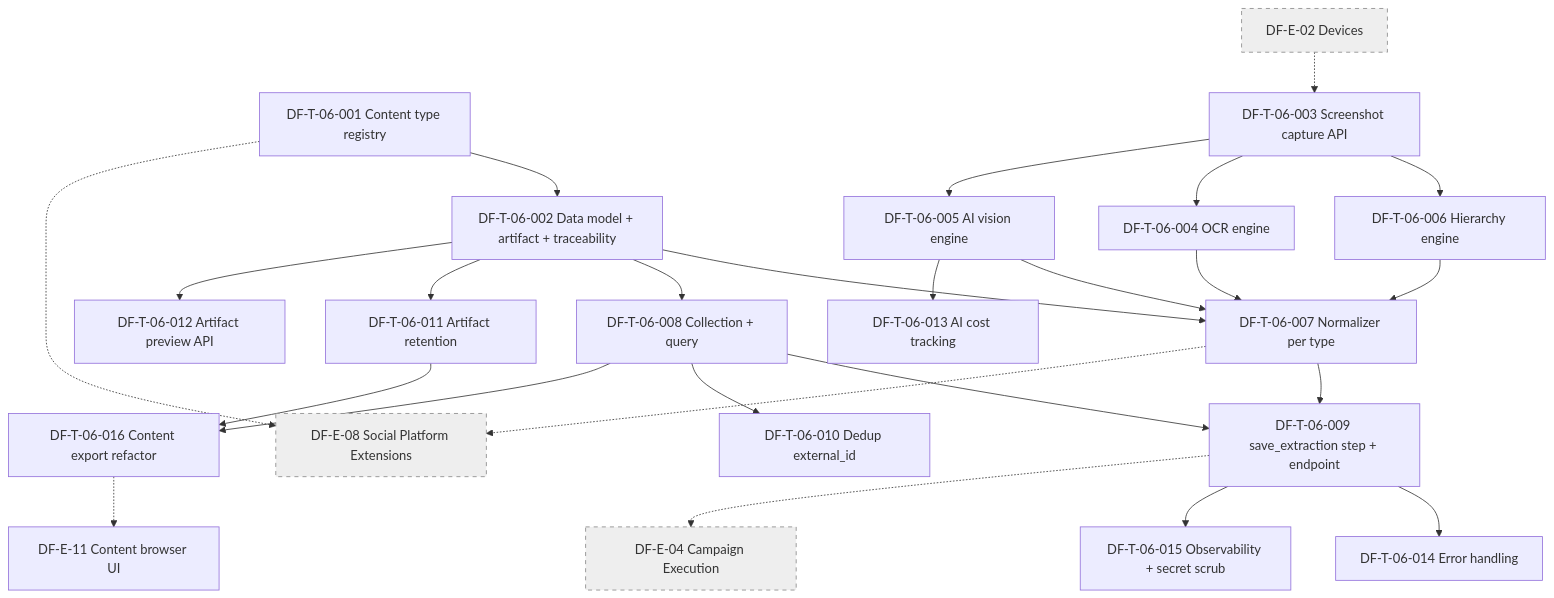
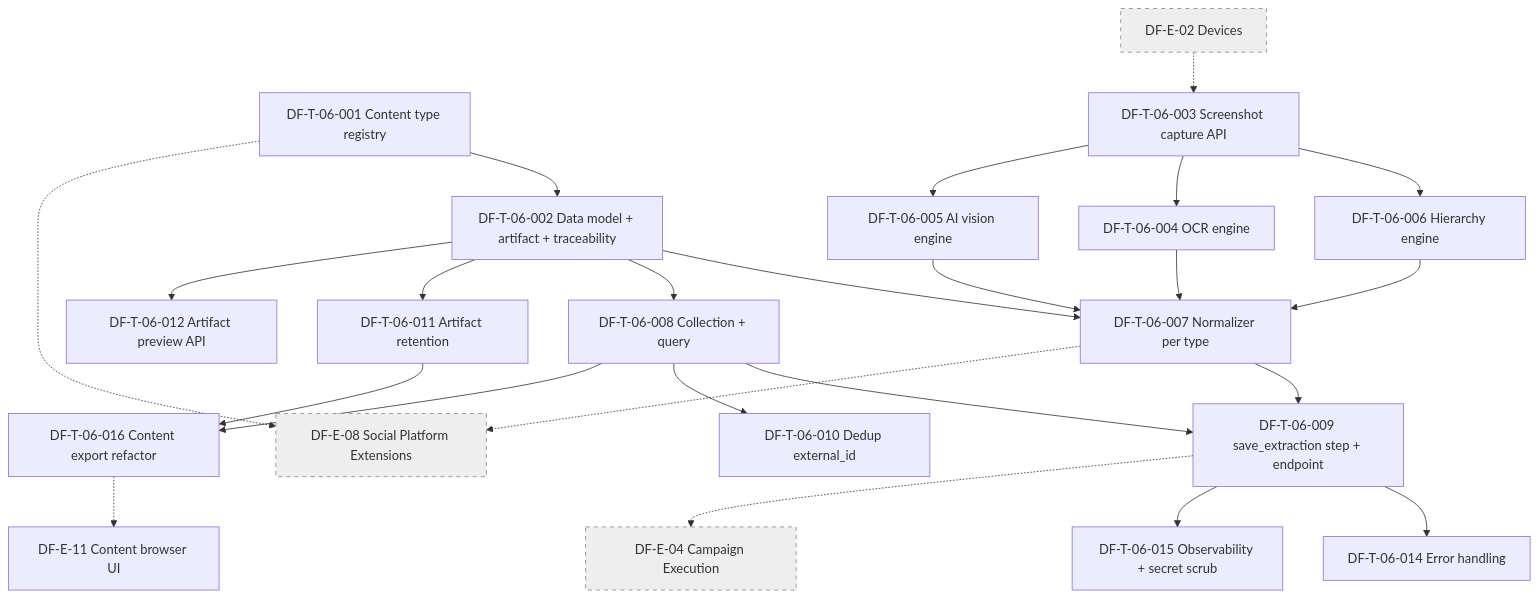
The diagram in docs/official_backlog/epic-06/EPIC.md (HoangLeK2/TestSwarm), drawn with Mermaid before and after one commit. The commit also changed other lines of this file and 587 other files, not shown here.

````diff
--- a/docs/official_backlog/epic-06/EPIC.md
+++ b/docs/official_backlog/epic-06/EPIC.md
@@ -77,59 +78,57 @@
 ```mermaid
 flowchart TB
     %% Foundation
     T001[DF-T-06-001 Content type registry]
     T002[DF-T-06-002 Data model + artifact + traceability]
     T003[DF-T-06-003 Screenshot capture API]
 
     %% Engines
     T006[DF-T-06-006 Hierarchy engine]
     T004[DF-T-06-004 OCR engine]
     T005[DF-T-06-005 AI vision engine]
 
     %% Cross-cutting
     T007[DF-T-06-007 Normalizer per type]
     T008[DF-T-06-008 Collection + query]
     T009[DF-T-06-009 save_extraction step + endpoint]
 
     %% Quality / Ops
     T010[DF-T-06-010 Dedup external_id]
     T011[DF-T-06-011 Artifact retention]
     T012[DF-T-06-012 Artifact preview API]
-    T013[DF-T-06-013 AI cost tracking]
     T014[DF-T-06-014 Error handling]
     T015[DF-T-06-015 Observability + secret scrub]
     T016[DF-T-06-016 Content export refactor]
 
     T001 --> T002
     T002 --> T007
     T002 --> T008
     T002 --> T011
     T002 --> T012
     T003 --> T006
     T003 --> T004
     T003 --> T005
     T006 --> T007
     T004 --> T007
     T005 --> T007
     T007 --> T009
     T008 --> T009
     T008 --> T010
     T009 --> T014
-    T005 --> T013
     T009 --> T015
     T008 --> T016
     T011 --> T016
 
     %% External
     EE2[DF-E-02 Devices]:::ext
     EE4[DF-E-04 Campaign Execution]:::ext
     EE8[DF-E-08 Social Platform Extensions]:::ext
 
     EE2 -.-> T003
     T001 -.-> EE8
     T007 -.-> EE8
     T009 -.-> EE4
     T016 -.-> EE11[DF-E-11 Content browser UI]
 
     classDef ext fill:#eee,stroke:#888,stroke-dasharray: 5 5
 ```
````
